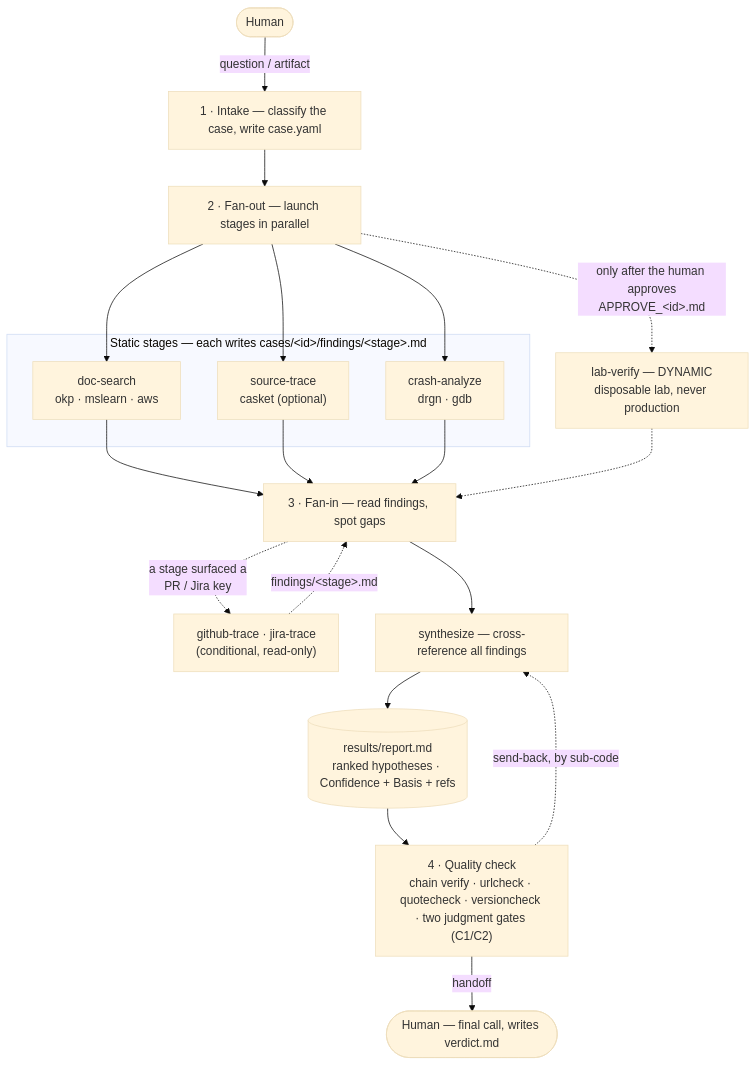
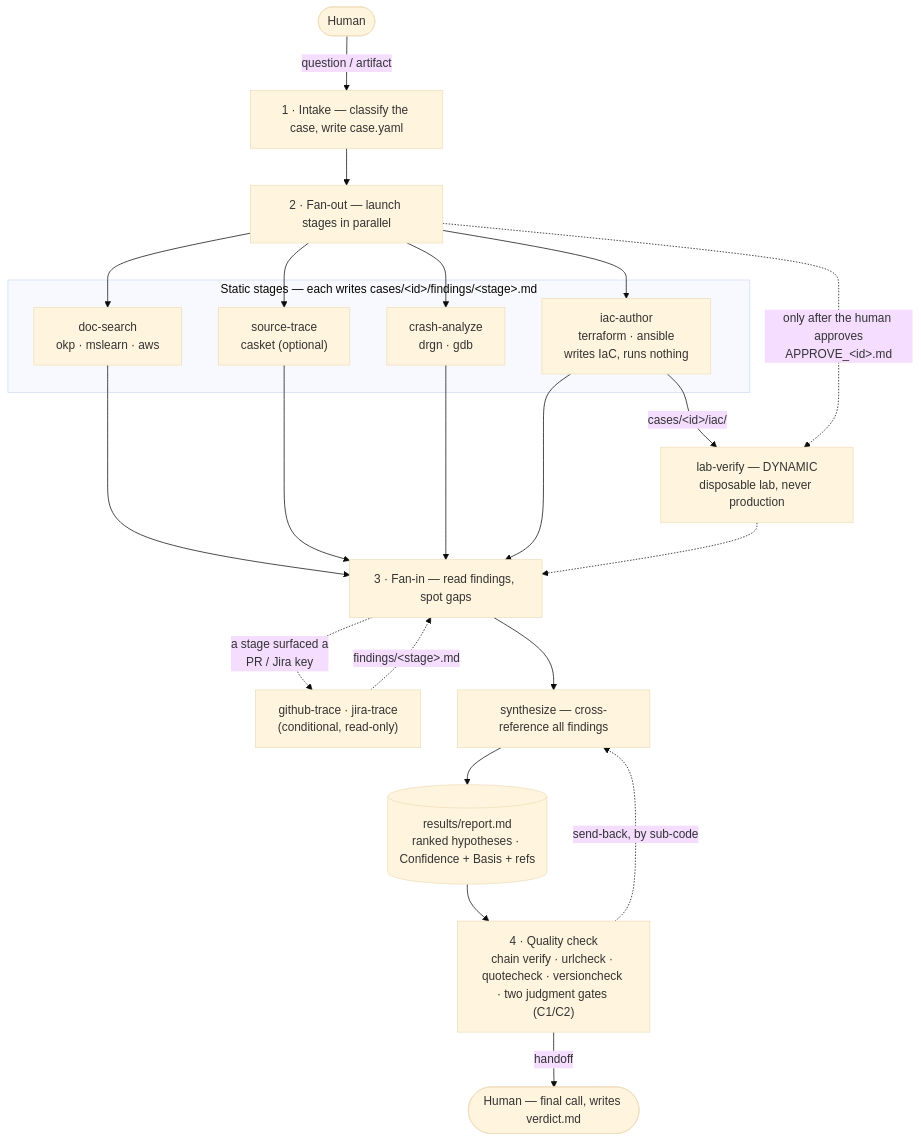
One commit to nogunix/janus changed the first of 2 diagrams in README.md. Above: the diagram before and after it, drawn with Mermaid (base theme). The commit also changed other lines of this file and 7 other files, not shown here.

````diff
--- a/README.md
+++ b/README.md
@@ -33,32 +33,34 @@
 ```mermaid
 flowchart TD
     human(["Human"]) -->|"question / artifact"| intake
 
     intake["1&nbsp;· Intake — classify the case, write case.yaml"] --> fanout
     fanout["2&nbsp;· Fan-out — launch stages in parallel"]
 
     subgraph stages["Static stages — each writes cases/&lt;id&gt;/findings/&lt;stage&gt;.md"]
         ds["doc-search<br/>okp · mslearn · aws"]
         st["source-trace<br/>casket (optional)"]
         ca["crash-analyze<br/>drgn · gdb"]
+        ia["iac-author<br/>terraform · ansible<br/>writes IaC, runs nothing"]
     end
 
     lv["lab-verify — DYNAMIC<br/>disposable lab, never production"]
 
-    fanout --> ds & st & ca
+    fanout --> ds & st & ca & ia
+    ia -->|"cases/&lt;id&gt;/iac/"| lv
     fanout -.->|"only after the human approves<br/>APPROVE_&lt;id&gt;.md"| lv
 
-    ds & st & ca --> fanin
+    ds & st & ca & ia --> fanin
     lv -.-> fanin
     fanin["3&nbsp;· Fan-in — read findings, spot gaps"]
 
     follow["github-trace · jira-trace<br/>(conditional, read-only)"]
     fanin -.->|"a stage surfaced a<br/>PR / Jira key"| follow
     follow -.->|"findings/&lt;stage&gt;.md"| fanin
 
     fanin --> syn["synthesize — cross-reference all findings"]
     syn --> report[("results/report.md<br/>ranked hypotheses · Confidence + Basis + refs")]
     report --> qc["4&nbsp;· Quality check<br/>chain verify · urlcheck · quotecheck · versioncheck · two judgment gates (C1/C2)"]
     qc -.->|"send-back, by sub-code"| syn
     qc -->|"handoff"| human2(["Human — final call, writes verdict.md"])
 ```
````
